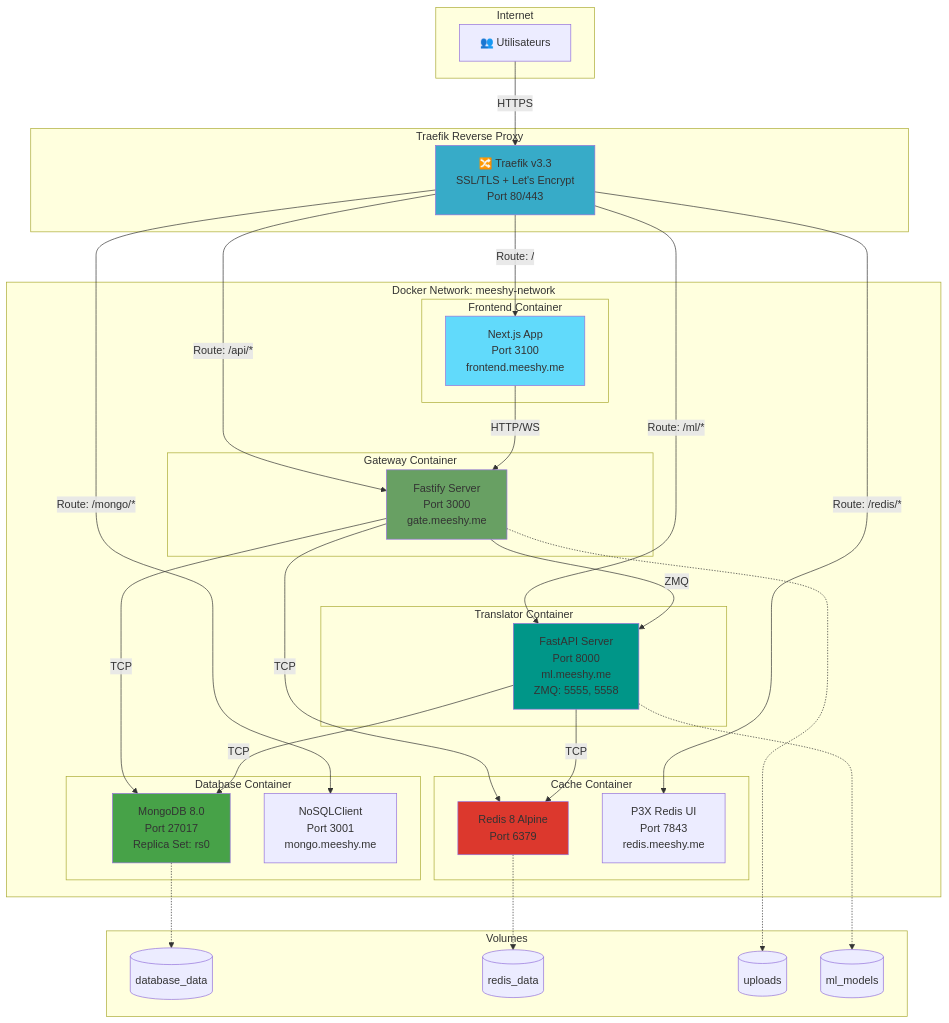
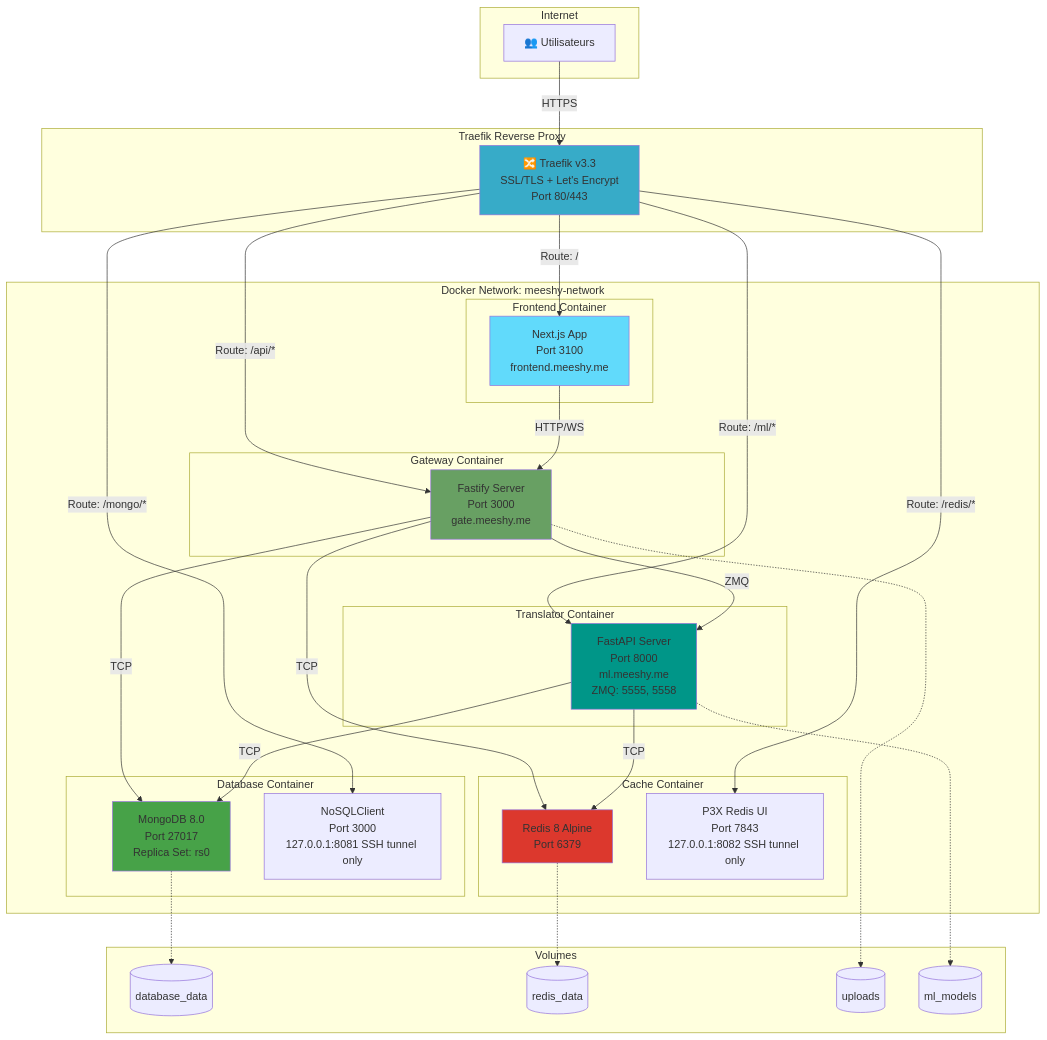
The third of 17 diagrams in docs/architecture-diagrams.md (isopen-io/meeshy), drawn with Mermaid before and after one commit. The commit also changed 7 other files, not shown here.

First line of the commit message:
fix(infra): stop routing Mongo/Redis admin UIs through Traefik in prod (#3640)

````diff
--- a/docs/architecture-diagrams.md
+++ b/docs/architecture-diagrams.md
@@ -257,68 +257,68 @@
 ```mermaid
 graph TB
     subgraph "Internet"
         Users[👥 Utilisateurs]
     end
 
     subgraph "Traefik Reverse Proxy"
         Traefik[🔀 Traefik v3.3<br/>SSL/TLS + Let's Encrypt<br/>Port 80/443]
     end
 
     subgraph "Docker Network: meeshy-network"
         subgraph "Frontend Container"
             FrontendApp[Next.js App<br/>Port 3100<br/>frontend.meeshy.me]
         end
 
         subgraph "Gateway Container"
             GatewayApp[Fastify Server<br/>Port 3000<br/>gate.meeshy.me]
         end
 
         subgraph "Translator Container"
             TranslatorApp[FastAPI Server<br/>Port 8000<br/>ml.meeshy.me<br/>ZMQ: 5555, 5558]
         end
 
         subgraph "Database Container"
             MongoDB[MongoDB 8.0<br/>Port 27017<br/>Replica Set: rs0]
-            MongoUI[NoSQLClient<br/>Port 3001<br/>mongo.meeshy.me]
+            MongoUI[NoSQLClient<br/>Port 3000<br/>127.0.0.1:8081 SSH tunnel only]
         end
 
         subgraph "Cache Container"
             RedisDB[Redis 8 Alpine<br/>Port 6379]
-            RedisUI[P3X Redis UI<br/>Port 7843<br/>redis.meeshy.me]
+            RedisUI[P3X Redis UI<br/>Port 7843<br/>127.0.0.1:8082 SSH tunnel only]
         end
     end
 
     subgraph "Volumes"
         DBData[(database_data)]
         RedisData[(redis_data)]
         Uploads[(uploads)]
         Models[(ml_models)]
     end
 
     Users -->|HTTPS| Traefik
 
     Traefik -->|Route: /| FrontendApp
     Traefik -->|Route: /api/*| GatewayApp
     Traefik -->|Route: /ml/*| TranslatorApp
     Traefik -->|Route: /mongo/*| MongoUI
     Traefik -->|Route: /redis/*| RedisUI
 
     FrontendApp -->|HTTP/WS| GatewayApp
     GatewayApp -->|TCP| MongoDB
     GatewayApp -->|TCP| RedisDB
     GatewayApp -->|ZMQ| TranslatorApp
     TranslatorApp -->|TCP| MongoDB
     TranslatorApp -->|TCP| RedisDB
 
     MongoDB -.-> DBData
     RedisDB -.-> RedisData
     GatewayApp -.-> Uploads
     TranslatorApp -.-> Models
 
     style Traefik fill:#37ABC8
     style FrontendApp fill:#61DAFB
     style GatewayApp fill:#68A063
     style TranslatorApp fill:#009688
     style MongoDB fill:#47A248
     style RedisDB fill:#DC382D
 ```
````
